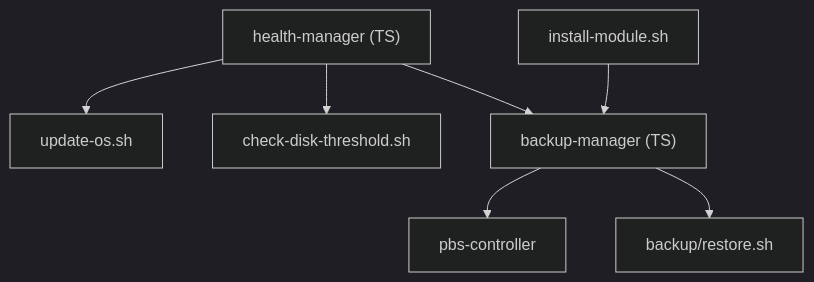
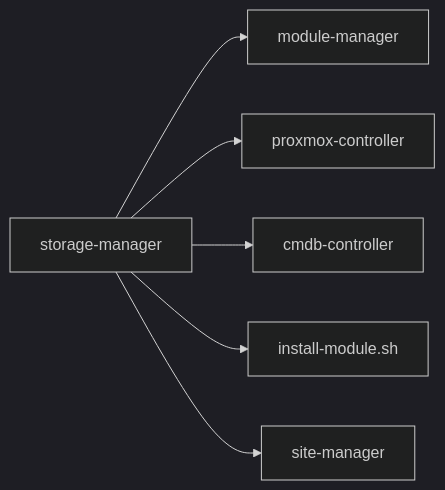
One commit to TAPPaaS/TAPPaaS changed the eighth of 18 diagrams in src/foundation/DEPENDENCIES.md. Above: the diagram before and after it, drawn with Mermaid (dark theme). The commit also changed other lines of this file and 4 other files, not shown here.

````diff
--- a/src/foundation/DEPENDENCIES.md
+++ b/src/foundation/DEPENDENCIES.md
@@ -326,9 +277,9 @@
 ```mermaid
-graph TD
-    HM["health-manager (TS)"] --> UOS["update-os.sh"]
-    HM --> CDT["check-disk-threshold.sh"]
-    HM --> BM["backup-manager (TS)"]
-    BM --> BC["pbs-controller"]
-    BM --> FR["backup/restore.sh"]
-    IM["install-module.sh"] --> BM
+graph LR
+    n0["storage-manager"]
+    n0 --> n1["module-manager"]
+    n0 --> n2["proxmox-controller"]
+    n0 --> n3["cmdb-controller"]
+    n0 --> n4["install-module.sh"]
+    n0 --> n5["site-manager"]
 ```
````
